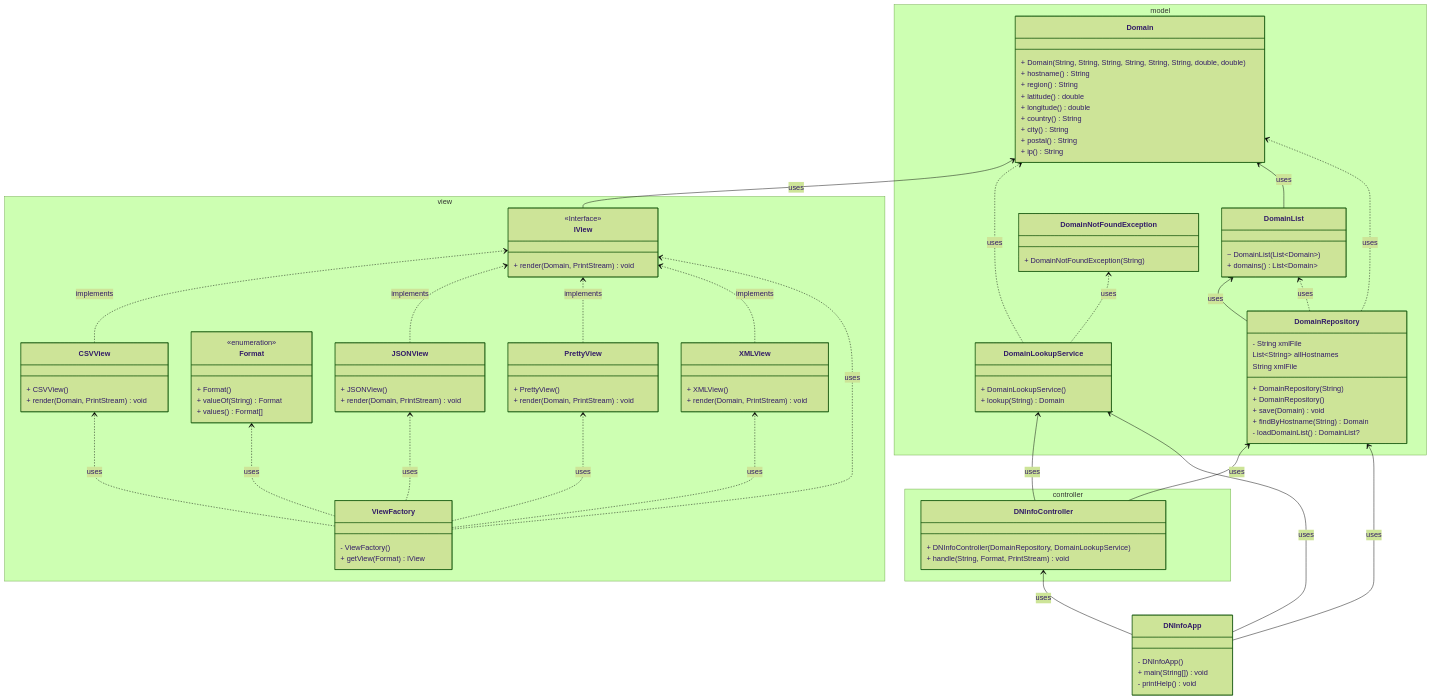
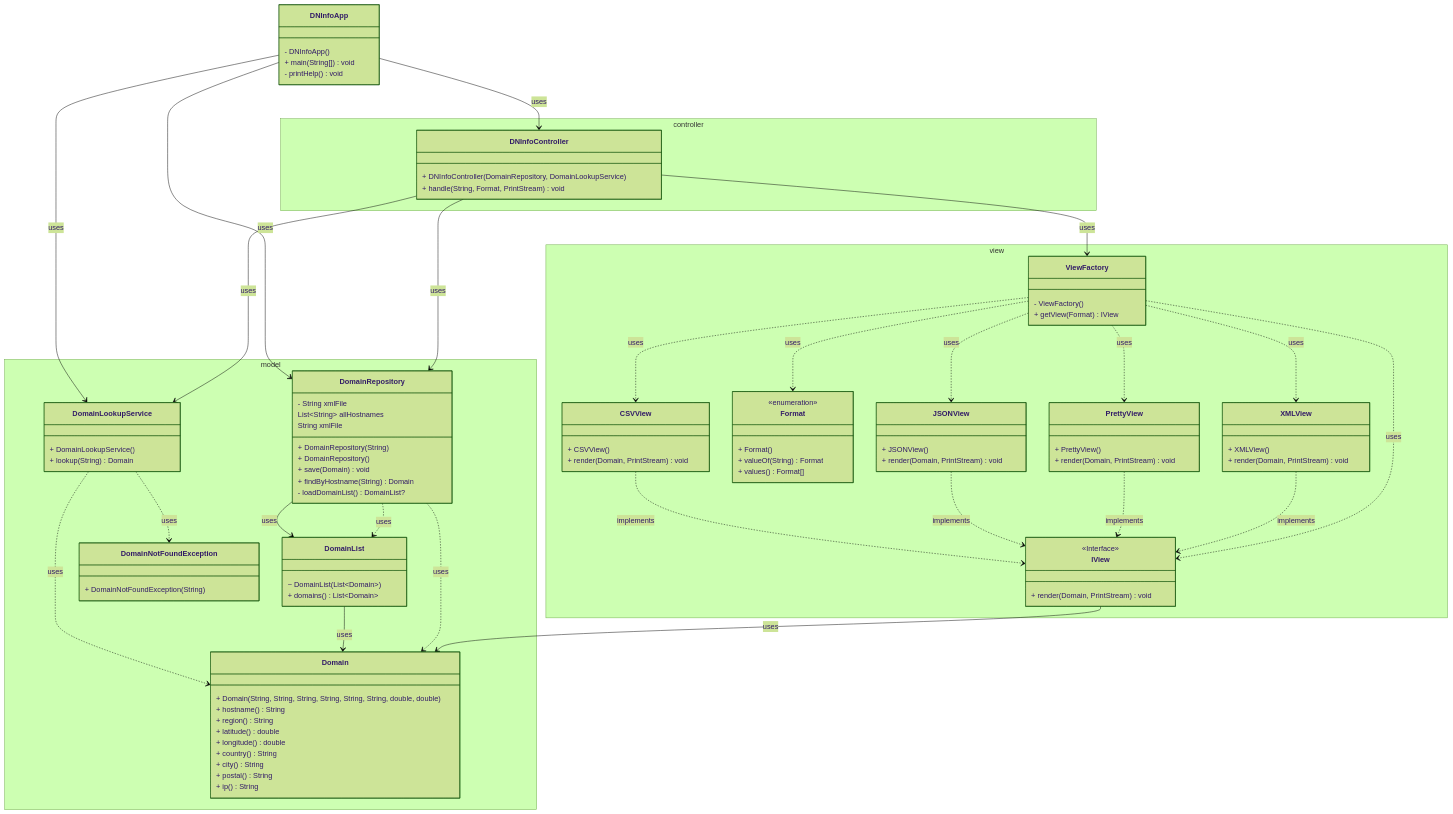
One commit to arshsinghphd/homework-04-mcv-as changed the second of 2 diagrams in DesignDocument.md. Above: the diagram before and after it, drawn with Mermaid (forest theme).

Commit message:
rearrange final design

````diff
--- a/DesignDocument.md
+++ b/DesignDocument.md
@@ -117,6 +117,6 @@
 ```mermaid
 classDiagram
-    direction BT
+    direction TB
     class DNInfoApp {
         - DNInfoApp()
         + main(String[]) void
@@ -197,6 +197,21 @@
             + render(Domain, PrintStream) void
         }
     }
+
+    DNInfoApp --> DomainRepository : uses
+    DNInfoApp --> DomainLookupService : uses
+    DNInfoApp --> DNInfoController : uses
+
+    DNInfoController --> DomainRepository : uses
+    DNInfoController --> DomainLookupService : uses
+    DNInfoController --> ViewFactory : uses
+    
+    DomainLookupService  ..>  Domain : uses
+    DomainLookupService  ..>  DomainNotFoundException : uses
+    DomainList -->  Domain: uses
+    DomainRepository  -->  DomainList : uses
+    DomainRepository  ..>  Domain : uses
+    DomainRepository  ..>  DomainList : uses
     
     CSVView  ..>  IView : implements
     JSONView  ..>  IView : implements
@@ -209,19 +224,4 @@
     ViewFactory  ..>  PrettyView : uses
     ViewFactory  ..>  XMLView : uses
     IView --> Domain: uses
-    
-    DomainLookupService  ..>  Domain : uses
-    DomainLookupService  ..>  DomainNotFoundException : uses
-
-    DomainList -->  Domain: uses
-    DomainRepository  -->  DomainList : uses
-    DomainRepository  ..>  Domain : uses
-    DomainRepository  ..>  DomainList : uses
-    
-    DNInfoController --> DomainRepository : uses
-    DNInfoController --> DomainLookupService : uses
-    
-    DNInfoApp --> DomainRepository : uses
-    DNInfoApp --> DomainLookupService : uses
-    DNInfoApp --> DNInfoController : uses
 ```
````
